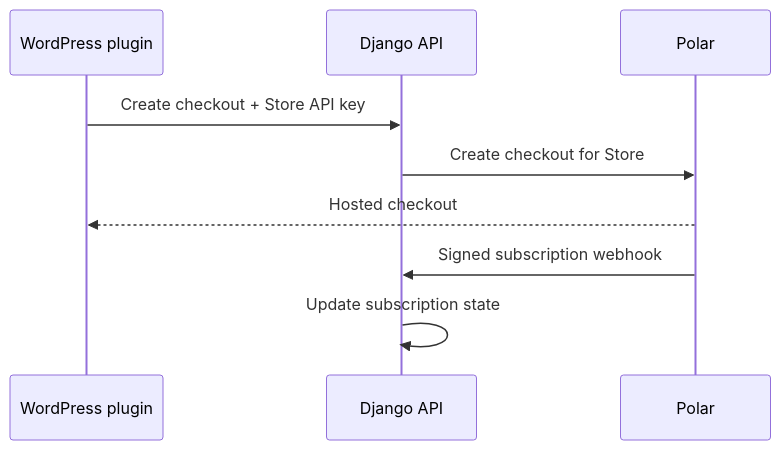
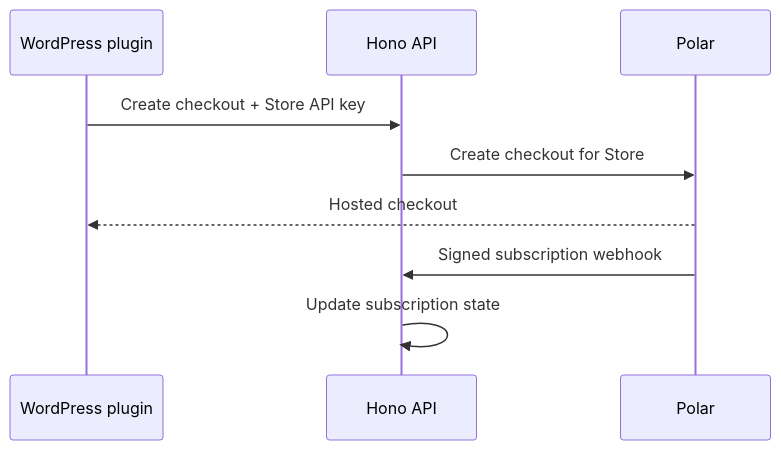
One commit to aji-pratama/woocs changed the eighth of 8 diagrams in _docs/architecture.md. Above: the diagram before and after it, drawn with Mermaid. The commit also changed other lines of this file and 85 other files, not shown here.

````diff
--- a/_docs/architecture.md
+++ b/_docs/architecture.md
@@ -444,12 +444,12 @@
 ```mermaid
 sequenceDiagram
     participant Plugin as WordPress plugin
-    participant API as Django API
+    participant API as Hono API
     participant Billing as Polar
 
     Plugin->>API: Create checkout + Store API key
     API->>Billing: Create checkout for Store
     Billing-->>Plugin: Hosted checkout
     Billing->>API: Signed subscription webhook
     API->>API: Update subscription state
 ```
````
